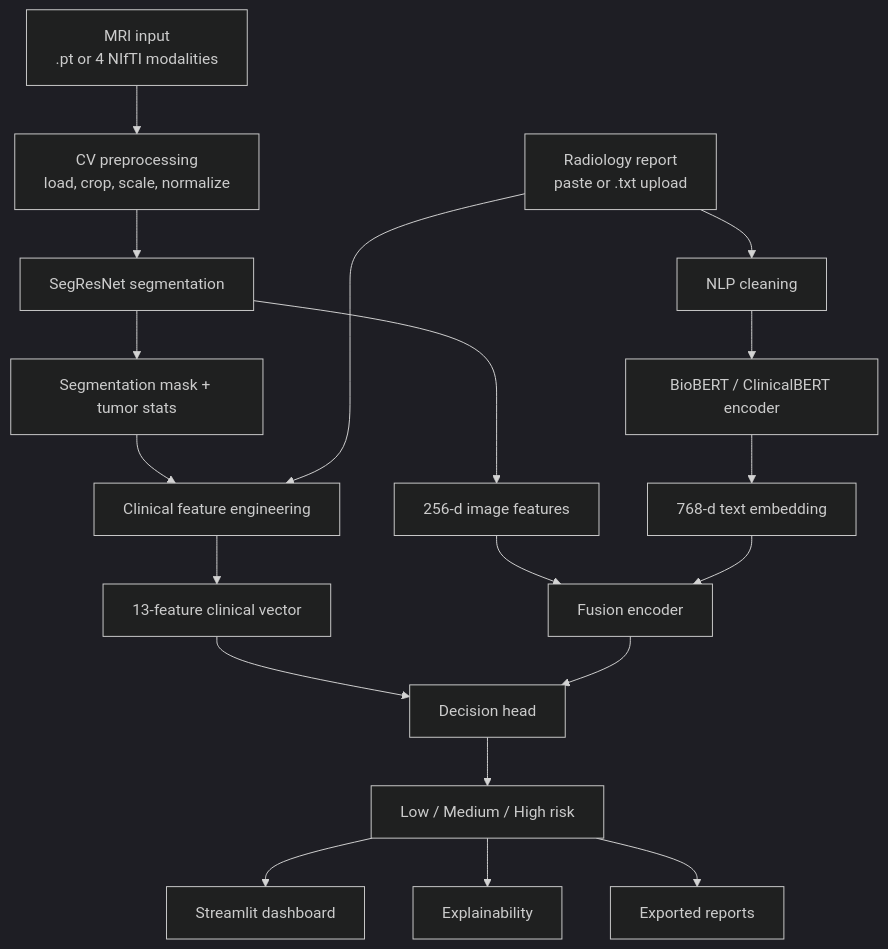
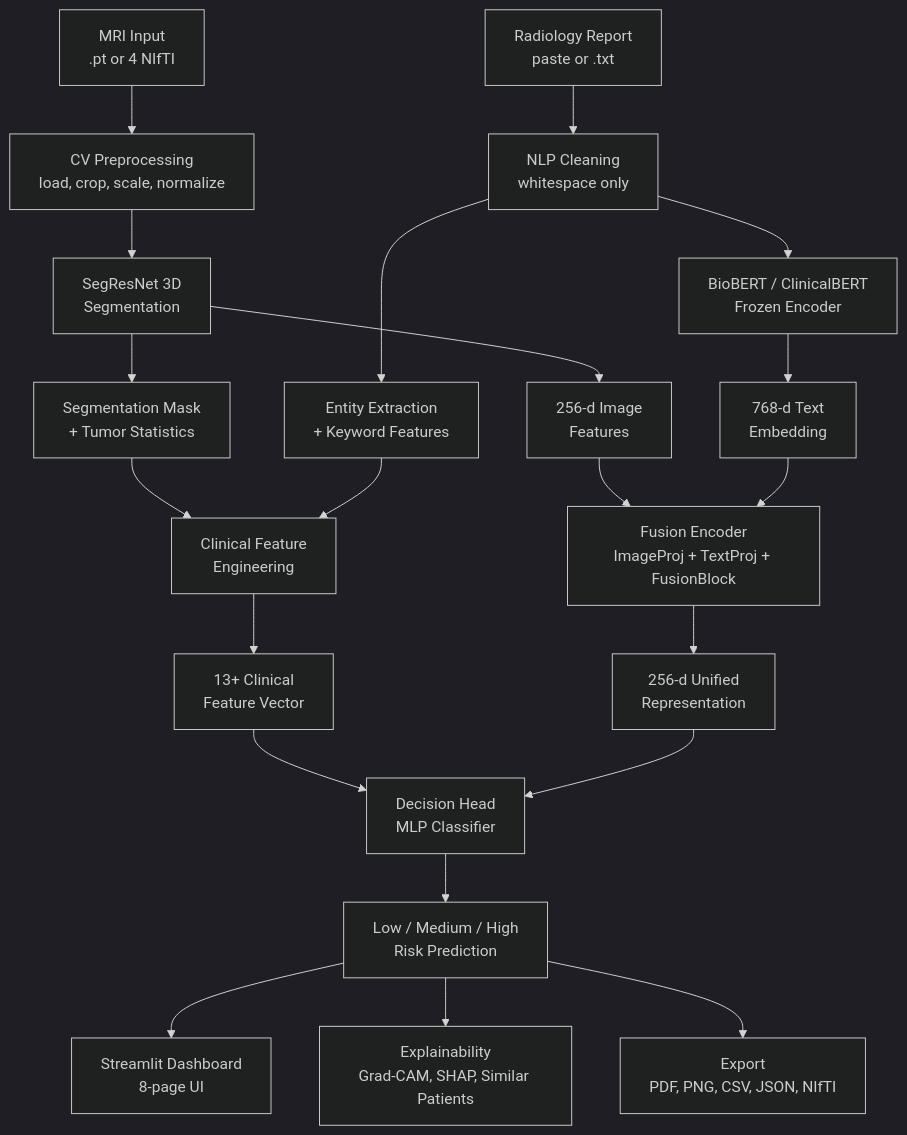
The first of 5 diagrams in README.md (nour-hossam7/CortexAI), drawn with Mermaid (dark theme) before and after one commit. The commit also changed other lines of this file and 7 other files, not shown here.

````diff
--- a/README.md
+++ b/README.md
@@ -111,25 +144,28 @@
 ```mermaid
 flowchart TD
-        A[MRI input<br/>.pt or 4 NIfTI modalities] --> B[CV preprocessing<br/>load, crop, scale, normalize]
-        B --> C[SegResNet segmentation]
-        C --> D[Segmentation mask + tumor stats]
-        C --> E[256-d image features]
+    A[MRI Input<br/>.pt or 4 NIfTI] --> B[CV Preprocessing<br/>load, crop, scale, normalize]
+    B --> C[SegResNet 3D<br/>Segmentation]
+    C --> D[Segmentation Mask<br/>+ Tumor Statistics]
+    C --> E[256-d Image<br/>Features]
 
-        F[Radiology report<br/>paste or .txt upload] --> G[NLP cleaning]
-        G --> H[BioBERT / ClinicalBERT encoder]
-        H --> I[768-d text embedding]
+    F[Radiology Report<br/>paste or .txt] --> G[NLP Cleaning<br/>whitespace only]
+    G --> H[BioBERT / ClinicalBERT<br/>Frozen Encoder]
+    H --> I[768-d Text<br/>Embedding]
+    G --> J[Entity Extraction<br/>+ Keyword Features]
 
-        D --> J[Clinical feature engineering]
-        F --> J
-        J --> K[13-feature clinical vector]
+    D --> K[Clinical Feature<br/>Engineering]
+    J --> K
+    K --> L[13+ Clinical<br/>Feature Vector]
 
-        E --> L[Fusion encoder]
-        I --> L
-        K --> M[Decision head]
-        L --> M
-        M --> N[Low / Medium / High risk]
+    E --> M[Fusion Encoder<br/>ImageProj + TextProj + FusionBlock]
+    I --> M
+    M --> N[256-d Unified<br/>Representation]
 
-        N --> O[Streamlit dashboard]
-        N --> P[Explainability]
-        N --> Q[Exported reports]
+    L --> O[Decision Head<br/>MLP Classifier]
+    N --> O
+    O --> P[Low / Medium / High<br/>Risk Prediction]
+
+    P --> Q[Streamlit Dashboard<br/>8-page UI]
+    P --> R[Explainability<br/>Grad-CAM, SHAP, Similar Patients]
+    P --> S[Export<br/>PDF, PNG, CSV, JSON, NIfTI]
 ```
````
